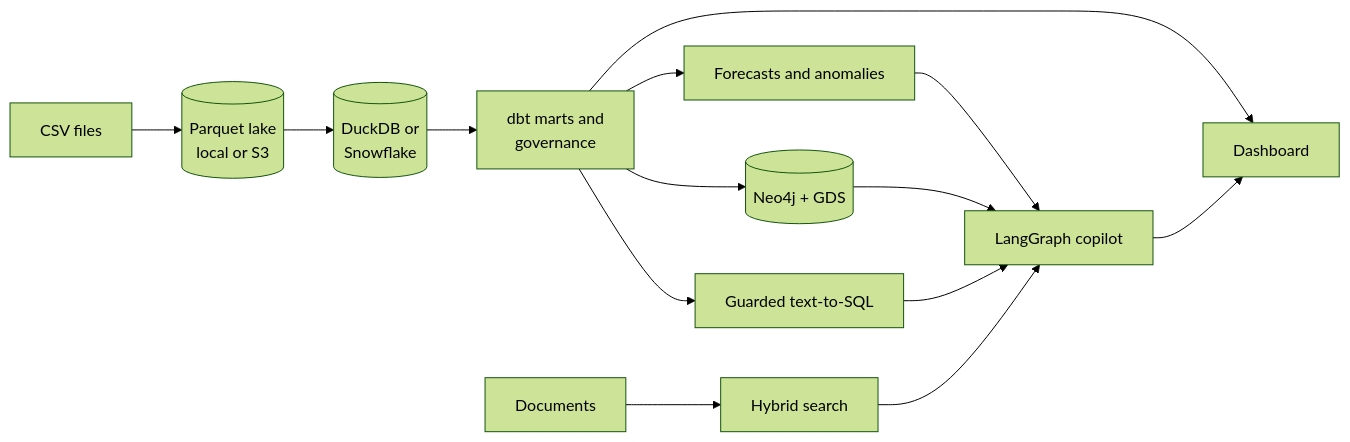
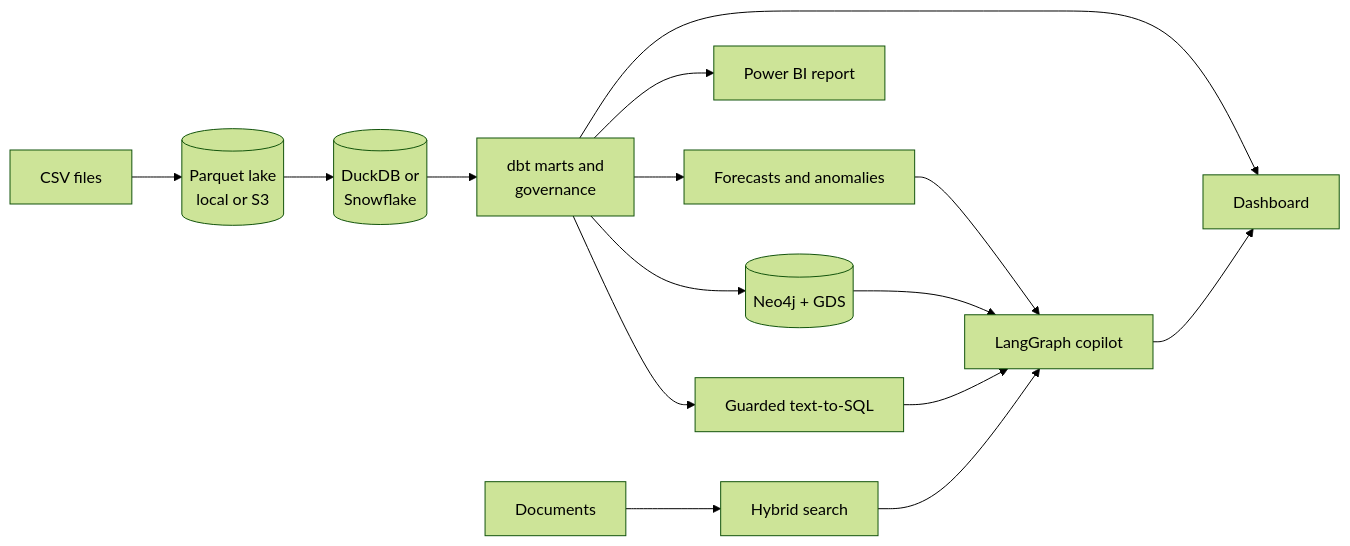
The diagram in README.md (Dracula-5/zomato-data-analytics), drawn with Mermaid (forest theme) before and after one commit. The commit also changed other lines of this file and 1 other file, not shown here.

First line of the commit message:
docs(readme): Power BI dashboard section and stack entry

````diff
--- a/README.md
+++ b/README.md
@@ -35,14 +35,15 @@
 ```mermaid
 flowchart LR
     CSV[CSV files] --> LAKE[(Parquet lake<br/>local or S3)]
     LAKE --> WH[(DuckDB or<br/>Snowflake)]
     WH --> DBT[dbt marts and<br/>governance]
     DBT --> DASH[Dashboard]
+    DBT --> PBI[Power BI report]
     DBT --> FC[Forecasts and anomalies]
     DBT --> KG[(Neo4j + GDS)]
     FC --> COP[LangGraph copilot]
     KG --> COP
     DOCS[Documents] --> RAG[Hybrid search] --> COP
     DBT --> SQL[Guarded text-to-SQL] --> COP
     COP --> DASH
 ```
````
